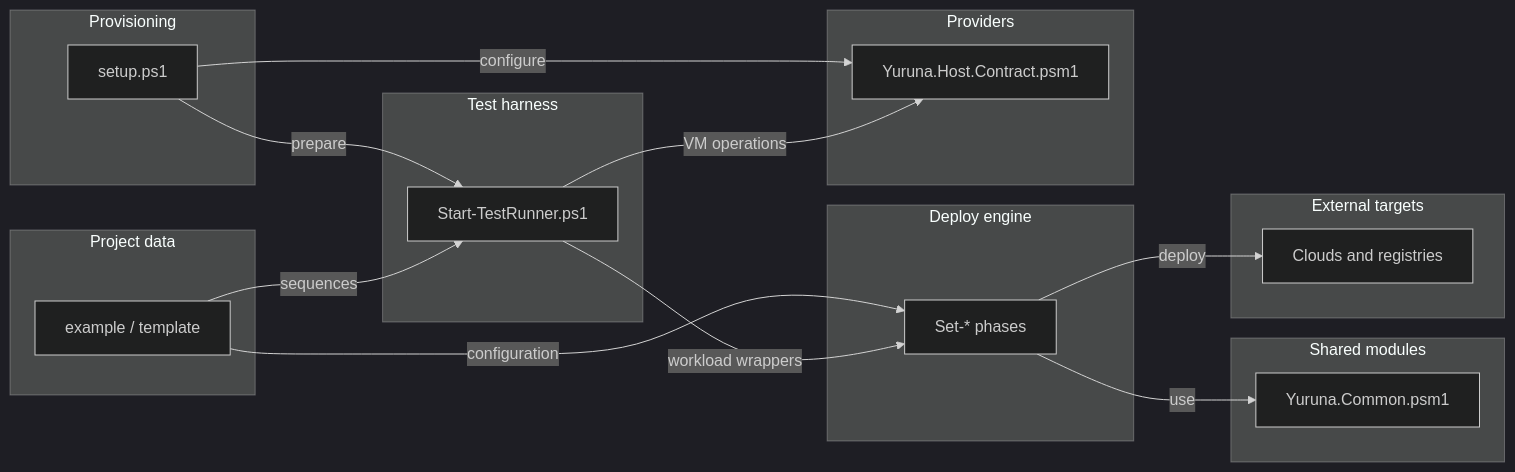
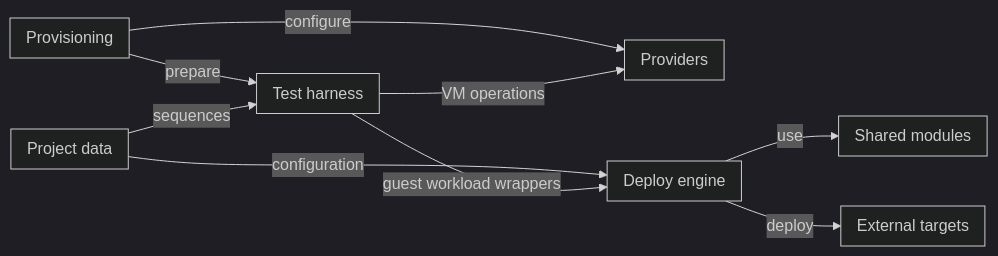
One commit to alissonsol/yuruna changed the diagram in docs/design/01-context-and-components.md. Above: the diagram before and after it, drawn with Mermaid (dark theme). The commit also changed other lines of this file and 763 other files, not shown here.

````diff
--- a/docs/design/01-context-and-components.md
+++ b/docs/design/01-context-and-components.md
@@ -10,32 +10,25 @@
 ```mermaid
 flowchart LR
     subgraph install["Provisioning"]
-        install-setup["setup.ps1"]
     end
     subgraph automation["Deploy engine"]
-        set-resource-set-component-set-workload["Set-* phases"]
     end
     subgraph test["Test harness"]
-        start-test-runner["Start-TestRunner.ps1"]
     end
     subgraph host["Providers"]
-        yuruna-host-contract["Yuruna.Host.Contract.psm1"]
     end
     subgraph yuruna-project["Project data"]
-        example-template["example / template"]
     end
     subgraph automation-shared["Shared modules"]
-        yuruna-common["Yuruna.Common.psm1"]
     end
     subgraph global-resources["External targets"]
-        global-resources-cloud-registry["Clouds and registries"]
     end
-    install-setup -->|configure| yuruna-host-contract
-    install-setup -->|prepare| start-test-runner
-    example-template -->|configuration| set-resource-set-component-set-workload
-    example-template -->|sequences| start-test-runner
-    start-test-runner -->|VM operations| yuruna-host-contract
-    start-test-runner -->|workload wrappers| set-resource-set-component-set-workload
-    set-resource-set-component-set-workload -->|use| yuruna-common
-    set-resource-set-component-set-workload -->|deploy| global-resources-cloud-registry
+    install -->|configure| host
+    install -->|prepare| test
+    yuruna-project -->|configuration| automation
+    yuruna-project -->|sequences| test
+    test -->|VM operations| host
+    test -->|guest workload wrappers| automation
+    automation -->|use| automation-shared
+    automation -->|deploy| global-resources
 ```
````
